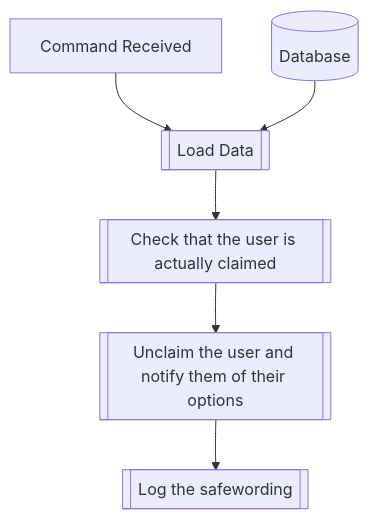
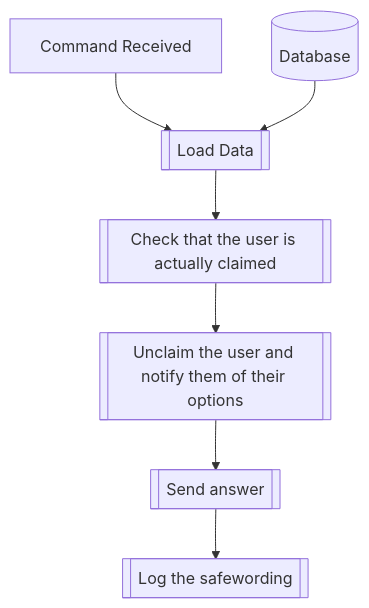
Before and after one commit to dorythecat/TransforMate: the diagram in docs/commands/transformation/safeword.md, drawn with Mermaid. The commit also changed 5 other files, not shown here.

Commit message:
Fixed flowcharts and some typos

````diff
--- a/docs/commands/transformation/safeword.md
+++ b/docs/commands/transformation/safeword.md
@@ -23,8 +23,9 @@
 ```mermaid
 flowchart TD
     CommandReceived[Command Received] --> LoadData[[Load Data]]
     Database[(Database)] --> LoadData
     LoadData --> CheckClaimed[[Check that the user is actually claimed]]
     CheckClaimed --> Unclaim[[Unclaim the user and notify them of their options]]
-    Unclaim --> Log[[Log the safewording]]
+    Unclaim --> SendAnswer[[Send answer]]
+    SendAnswer --> Log[[Log the safewording]]
 ```
````
